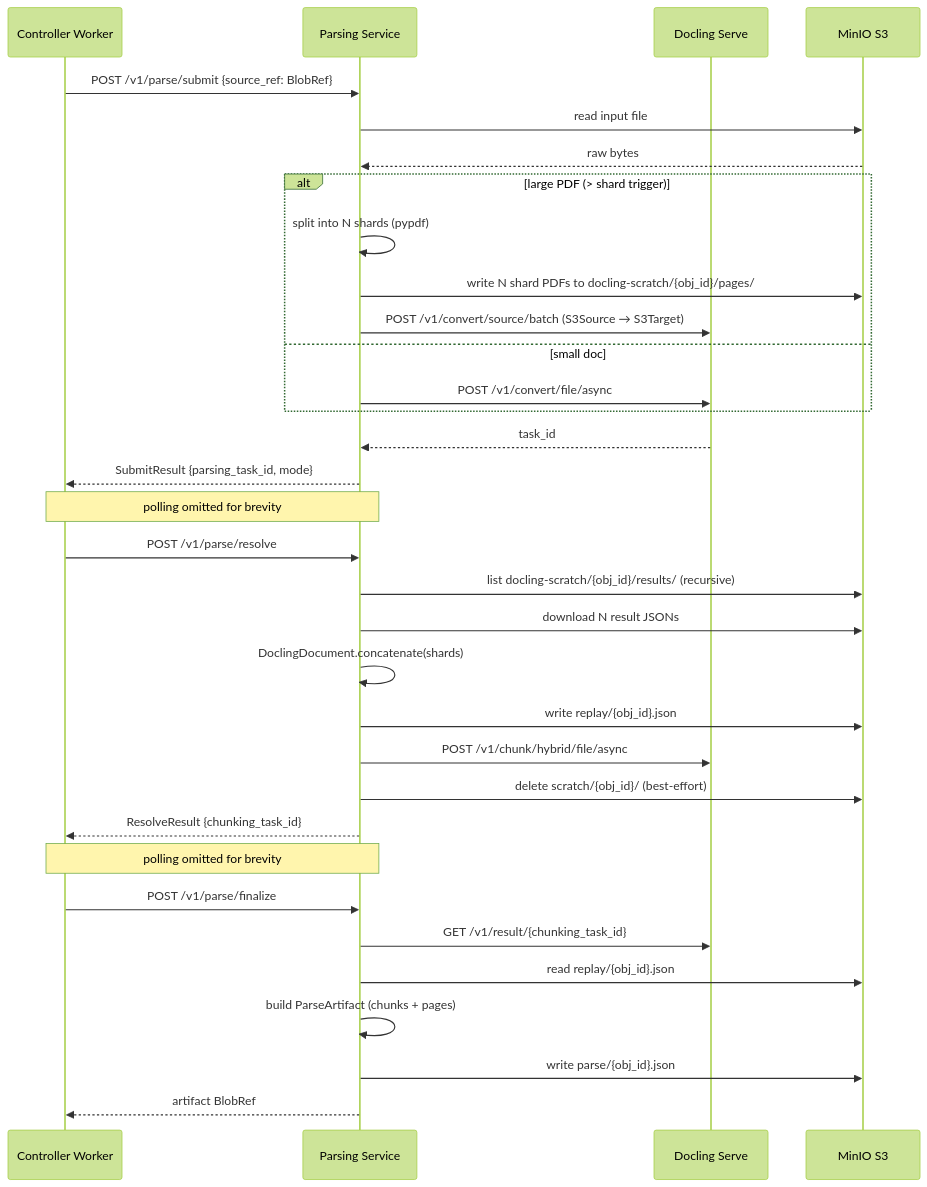
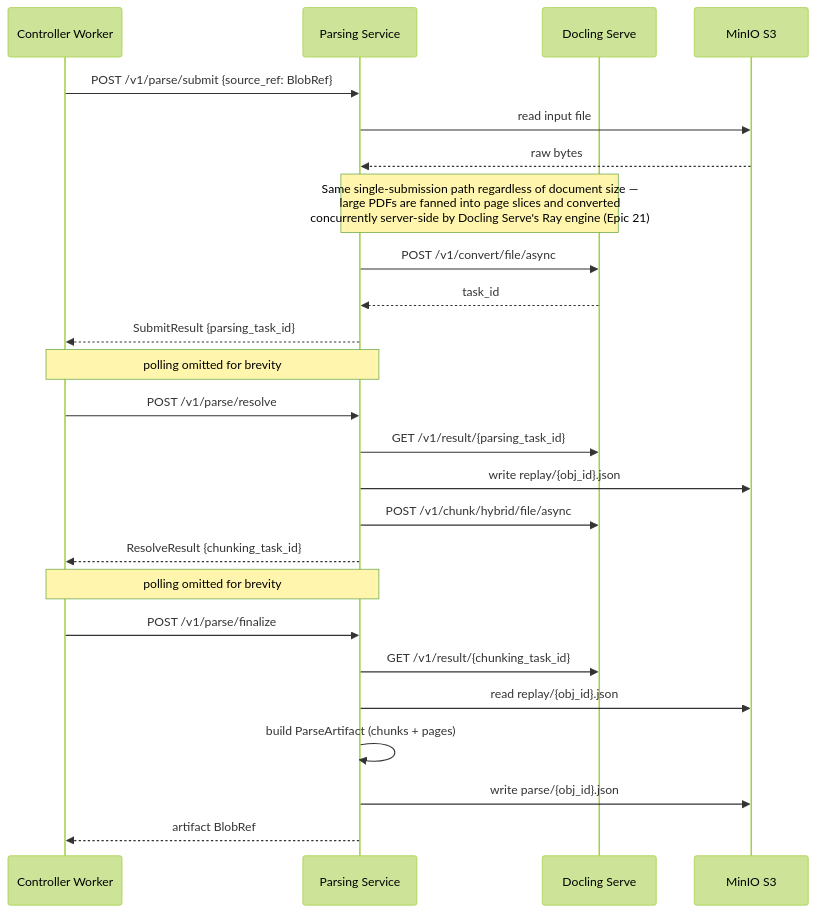
Before and after one commit to k-sparrow/artemis: the third of 4 diagrams in docs/architecture/ingestion-subsystem.md, drawn with Mermaid (forest theme). The commit also changed other lines of this file and 3 other files, not shown here.

Commit message:
[docs/docling] adjusted to ray-backed docling-serve

````diff
--- a/docs/architecture/ingestion-subsystem.md
+++ b/docs/architecture/ingestion-subsystem.md
@@ -148,40 +152,32 @@
 ```mermaid
 sequenceDiagram
     participant CW as Controller Worker
     participant PS as Parsing Service
     participant Docling as Docling Serve
     participant S3 as MinIO S3
 
     CW->>PS: POST /v1/parse/submit {source_ref: BlobRef}
     PS->>S3: read input file
     S3-->>PS: raw bytes
-    alt large PDF (> shard trigger)
-        PS->>PS: split into N shards (pypdf)
-        PS->>S3: write N shard PDFs to docling-scratch/{obj_id}/pages/
-        PS->>Docling: POST /v1/convert/source/batch (S3Source → S3Target)
-    else small doc
-        PS->>Docling: POST /v1/convert/file/async
-    end
+    note over PS,Docling: Same single-submission path regardless of document size —<br/>large PDFs are fanned into page slices and converted<br/>concurrently server-side by Docling Serve's Ray engine (Epic 21)
+    PS->>Docling: POST /v1/convert/file/async
     Docling-->>PS: task_id
-    PS-->>CW: SubmitResult {parsing_task_id, mode}
+    PS-->>CW: SubmitResult {parsing_task_id}
 
     note over CW,PS: polling omitted for brevity
 
     CW->>PS: POST /v1/parse/resolve
-    PS->>S3: list docling-scratch/{obj_id}/results/ (recursive)
-    PS->>S3: download N result JSONs
-    PS->>PS: DoclingDocument.concatenate(shards)
+    PS->>Docling: GET /v1/result/{parsing_task_id}
     PS->>S3: write replay/{obj_id}.json
     PS->>Docling: POST /v1/chunk/hybrid/file/async
-    PS->>S3: delete scratch/{obj_id}/ (best-effort)
     PS-->>CW: ResolveResult {chunking_task_id}
 
     note over CW,PS: polling omitted for brevity
 
     CW->>PS: POST /v1/parse/finalize
     PS->>Docling: GET /v1/result/{chunking_task_id}
     PS->>S3: read replay/{obj_id}.json
     PS->>PS: build ParseArtifact (chunks + pages)
     PS->>S3: write parse/{obj_id}.json
     PS-->>CW: artifact BlobRef
 ```
````
